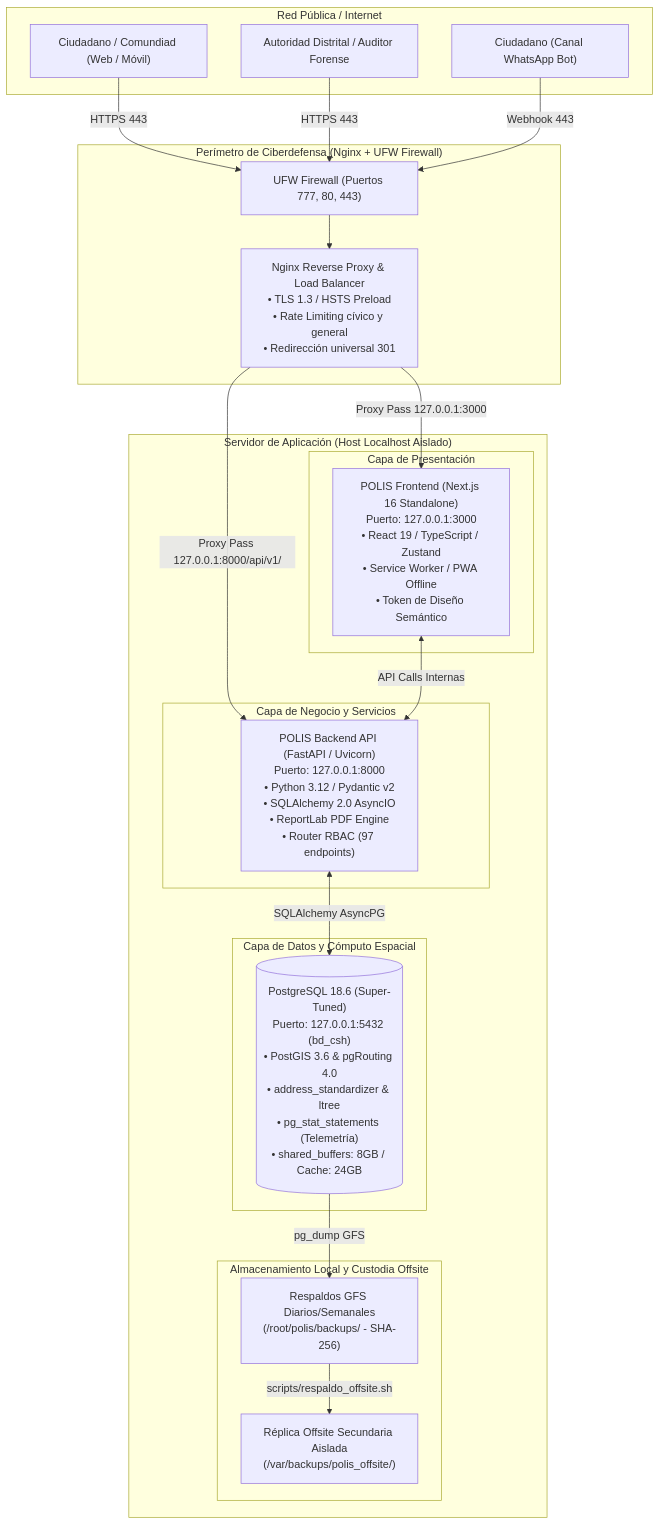
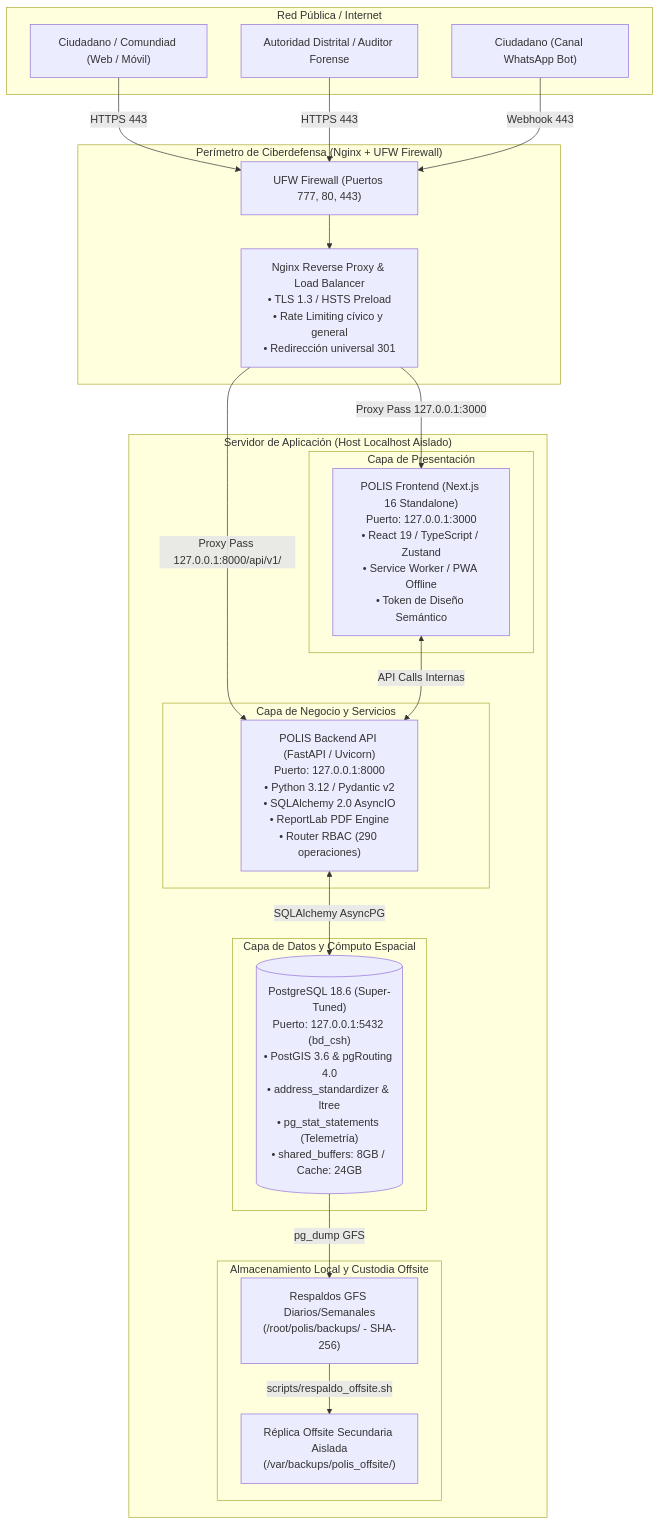
One commit to gcarler/SumaPositiva changed the first of 3 diagrams in docs/DOCUMENTACION_OFICIAL_POLIS.md. Above: the diagram before and after it, drawn with Mermaid. The commit also changed other lines of this file and 386 other files, not shown here.

````diff
--- a/docs/DOCUMENTACION_OFICIAL_POLIS.md
+++ b/docs/DOCUMENTACION_OFICIAL_POLIS.md
@@ -79,43 +79,43 @@
 ```mermaid
 flowchart TB
     subgraph Internet["Red Pública / Internet"]
         Ciudadano["Ciudadano / Comundiad (Web / Móvil)"]
         Autoridad["Autoridad Distrital / Auditor Forense"]
         WhatsAppUser["Ciudadano (Canal WhatsApp Bot)"]
     end
 
     subgraph Perimetro["Perímetro de Ciberdefensa (Nginx + UFW Firewall)"]
         UFW["UFW Firewall (Puertos 777, 80, 443)"]
         Nginx["Nginx Reverse Proxy & Load Balancer\n• TLS 1.3 / HSTS Preload\n• Rate Limiting cívico y general\n• Redirección universal 301"]
     end
 
     subgraph Servidor["Servidor de Aplicación (Host Localhost Aislado)"]
         subgraph FrontTier["Capa de Presentación"]
             NextApp["POLIS Frontend (Next.js 16 Standalone)\nPuerto: 127.0.0.1:3000\n• React 19 / TypeScript / Zustand\n• Service Worker / PWA Offline\n• Token de Diseño Semántico"]
         end
 
         subgraph BackTier["Capa de Negocio y Servicios"]
-            FastAPI["POLIS Backend API (FastAPI / Uvicorn)\nPuerto: 127.0.0.1:8000\n• Python 3.12 / Pydantic v2\n• SQLAlchemy 2.0 AsyncIO\n• ReportLab PDF Engine\n• Router RBAC (97 endpoints)"]
+            FastAPI["POLIS Backend API (FastAPI / Uvicorn)\nPuerto: 127.0.0.1:8000\n• Python 3.12 / Pydantic v2\n• SQLAlchemy 2.0 AsyncIO\n• ReportLab PDF Engine\n• Router RBAC (290 operaciones)"]
         end
 
         subgraph DataTier["Capa de Datos y Cómputo Espacial"]
             PostgreSQL[("PostgreSQL 18.6 (Super-Tuned)\nPuerto: 127.0.0.1:5432 (bd_csh)\n• PostGIS 3.6 & pgRouting 4.0\n• address_standardizer & ltree\n• pg_stat_statements (Telemetría)\n• shared_buffers: 8GB / Cache: 24GB")]
         end
 
         subgraph StorageTier["Almacenamiento Local y Custodia Offsite"]
             BackupLocal["Respaldos GFS Diarios/Semanales\n(/root/polis/backups/ - SHA-256)"]
             BackupOffsite["Réplica Offsite Secundaria Aislada\n(/var/backups/polis_offsite/)"]
         end
     end
 
     Ciudadano -->|HTTPS 443| UFW
     Autoridad -->|HTTPS 443| UFW
     WhatsAppUser -->|Webhook 443| UFW
     UFW --> Nginx
     Nginx -->|Proxy Pass 127.0.0.1:3000| NextApp
     Nginx -->|Proxy Pass 127.0.0.1:8000/api/v1/| FastAPI
     NextApp <-->|API Calls Internas| FastAPI
     FastAPI <-->|SQLAlchemy AsyncPG| PostgreSQL
     PostgreSQL -->|pg_dump GFS| BackupLocal
     BackupLocal -->|scripts/respaldo_offsite.sh| BackupOffsite
 ```
````
